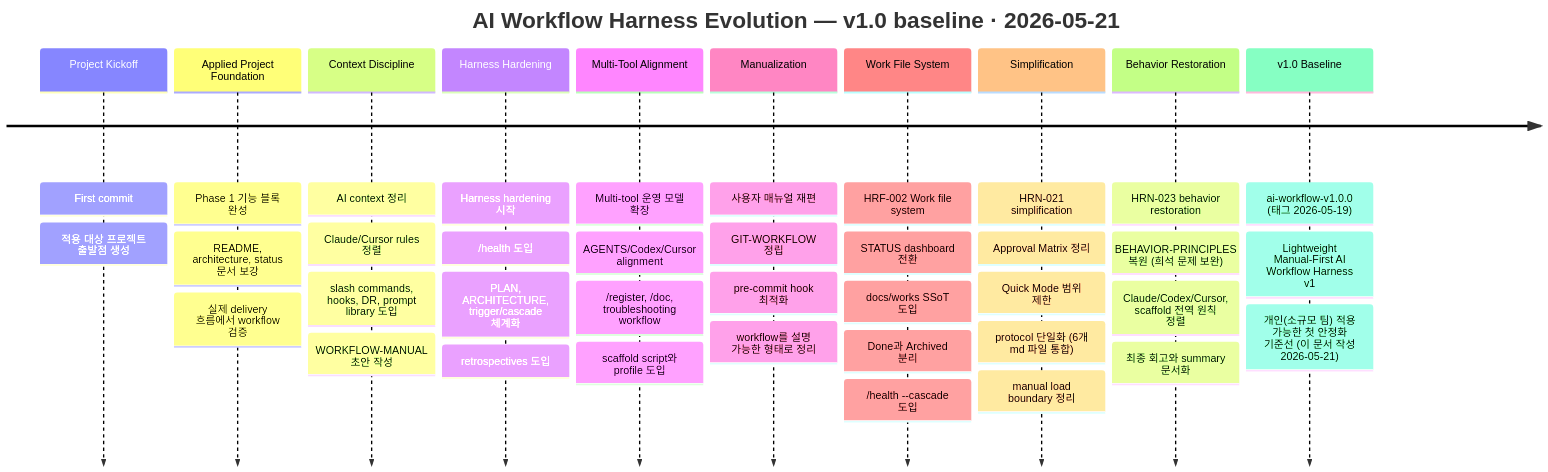
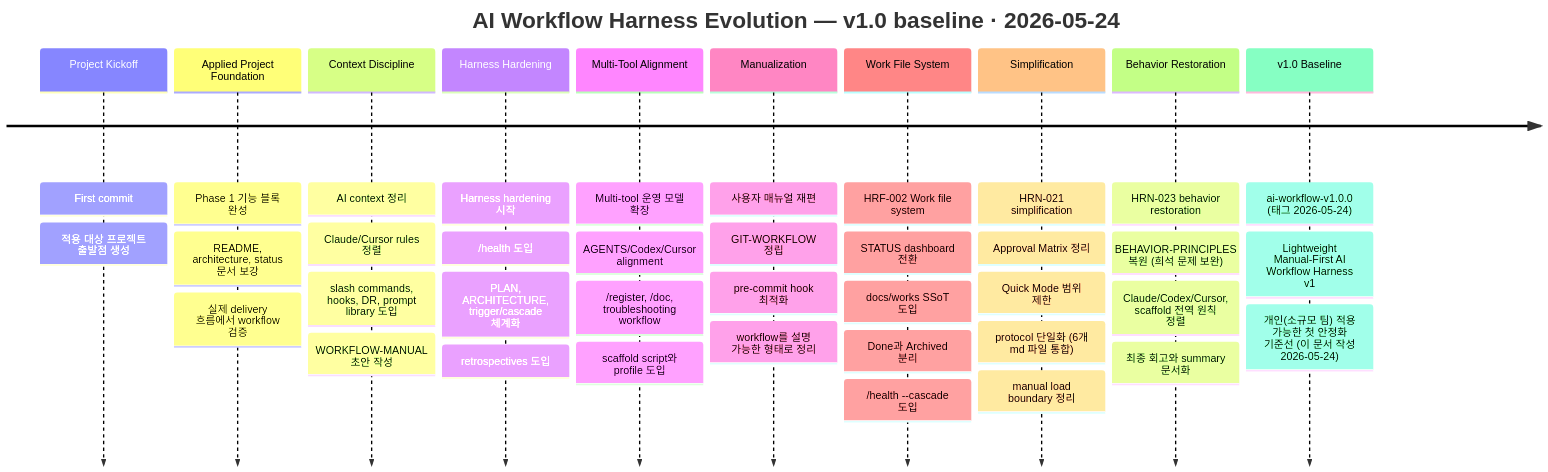
Before and after one commit to kyungseo/ai-workflow-harness: the first of 8 diagrams in README.md, drawn with Mermaid. The commit also changed other lines of this file and 3 other files, not shown here.

````diff
--- a/README.md
+++ b/README.md
@@ -84,52 +84,52 @@
 ```mermaid
 timeline
-    title AI Workflow Harness Evolution — v1.0 baseline · 2026-05-21
+    title AI Workflow Harness Evolution — v1.0 baseline · 2026-05-24
 
     Project Kickoff : First commit
                     : 적용 대상 프로젝트 출발점 생성
 
     Applied Project Foundation : Phase 1 기능 블록 완성
                        : README, architecture, status 문서 보강
                        : 실제 delivery 흐름에서 workflow 검증
 
     Context Discipline : AI context 정리
                        : Claude/Cursor rules 정렬
                        : slash commands, hooks, DR, prompt library 도입
                        : WORKFLOW-MANUAL 초안 작성
 
     Harness Hardening : Harness hardening 시작
                       : /health 도입
                       : PLAN, ARCHITECTURE, trigger/cascade 체계화
                       : retrospectives 도입
 
     Multi-Tool Alignment : Multi-tool 운영 모델 확장
                          : AGENTS/Codex/Cursor alignment
                          : /register, /doc, troubleshooting workflow
                          : scaffold script와 profile 도입
 
     Manualization : 사용자 매뉴얼 재편
                   : GIT-WORKFLOW 정립
                   : pre-commit hook 최적화
                   : workflow를 설명 가능한 형태로 정리
 
     Work File System : HRF-002 Work file system
                      : STATUS dashboard 전환
                      : docs/works SSoT 도입
                      : Done과 Archived 분리
                      : /health --cascade 도입
 
     Simplification : HRN-021 simplification
                    : Approval Matrix 정리
                    : Quick Mode 범위 제한
                    : protocol 단일화 (6개 md 파일 통합)
                    : manual load boundary 정리
 
     Behavior Restoration : HRN-023 behavior restoration
                          : BEHAVIOR-PRINCIPLES 복원 (희석 문제 보완)
                          : Claude/Codex/Cursor, scaffold 전역 원칙 정렬
                          : 최종 회고와 summary 문서화
 
-    v1.0 Baseline : ai-workflow-v1.0.0 (태그 2026-05-19)
+    v1.0 Baseline : ai-workflow-v1.0.0 (태그 2026-05-24)
                   : Lightweight Manual-First AI Workflow Harness v1
-                  : 개인(소규모 팀) 적용 가능한 첫 안정화 기준선 (이 문서 작성 2026-05-21)
+                  : 개인(소규모 팀) 적용 가능한 첫 안정화 기준선 (이 문서 작성 2026-05-24)
 ```
````
